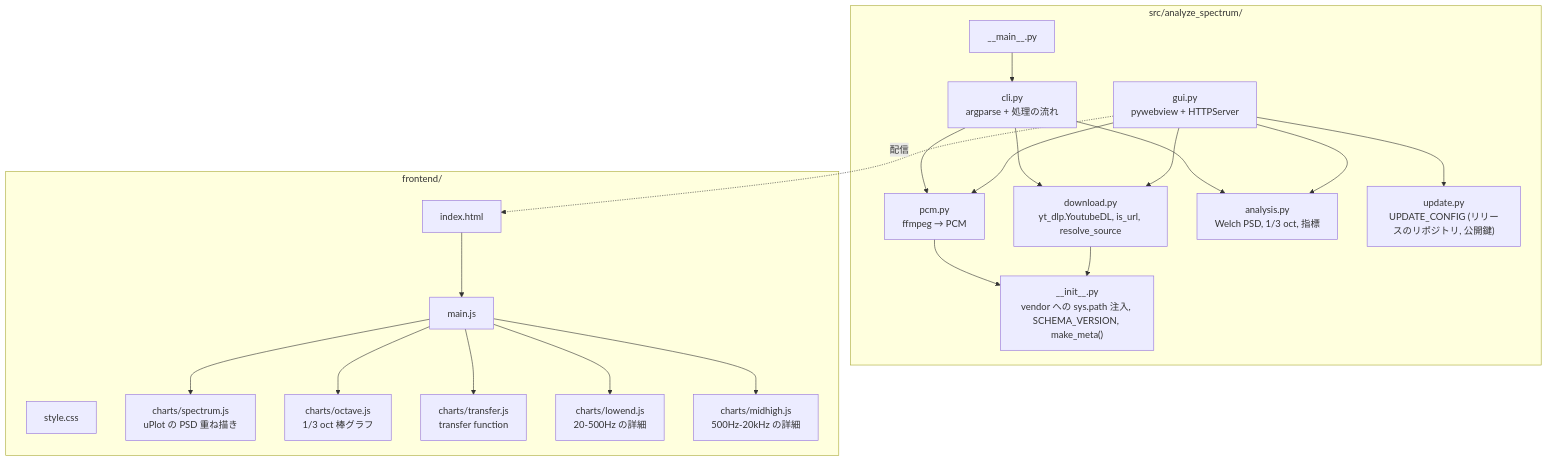
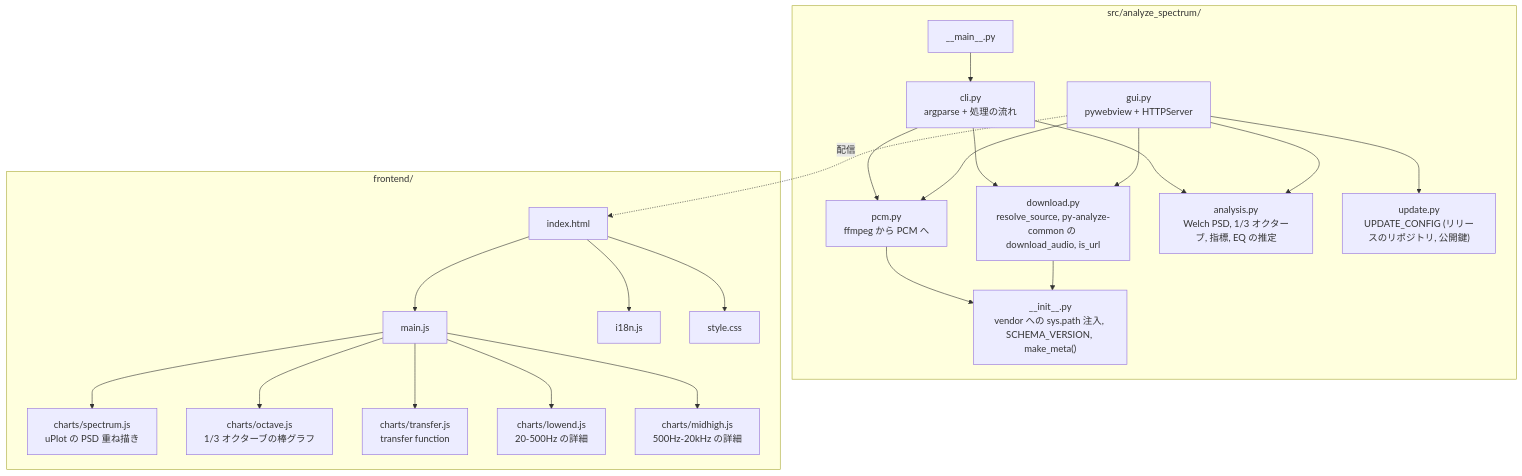
Before and after one commit to semnil/analyze-spectrum: the second of 18 diagrams in docs/architecture.ja.md, drawn with Mermaid. The commit also changed other lines of this file and 7 other files, not shown here.

````diff
--- a/docs/architecture.ja.md
+++ b/docs/architecture.ja.md
@@ -36,42 +40,45 @@
 ```mermaid
 graph TD
     subgraph "src/analyze_spectrum/"
         INIT["__init__.py<br>vendor への sys.path 注入, SCHEMA_VERSION, make_meta()"]
         MAIN["__main__.py"]
         CLI["cli.py<br>argparse + 処理の流れ"]
         GUI["gui.py<br>pywebview + HTTPServer"]
-        DL["download.py<br>yt_dlp.YoutubeDL, is_url, resolve_source"]
-        PCM["pcm.py<br>ffmpeg → PCM"]
-        ANA["analysis.py<br>Welch PSD, 1/3 oct, 指標"]
+        DL["download.py<br>resolve_source, py-analyze-common の download_audio, is_url"]
+        PCM["pcm.py<br>ffmpeg から PCM へ"]
+        ANA["analysis.py<br>Welch PSD, 1/3 オクターブ, 指標, EQ の推定"]
         UPD["update.py<br>UPDATE_CONFIG (リリースのリポジトリ, 公開鍵)"]
     end
 
     subgraph "frontend/"
         HTML["index.html"]
         JS["main.js"]
+        I18N["i18n.js"]
         CSS["style.css"]
         SP["charts/spectrum.js<br>uPlot の PSD 重ね描き"]
-        OC["charts/octave.js<br>1/3 oct 棒グラフ"]
+        OC["charts/octave.js<br>1/3 オクターブの棒グラフ"]
         TF["charts/transfer.js<br>transfer function"]
         LE["charts/lowend.js<br>20-500Hz の詳細"]
         MH["charts/midhigh.js<br>500Hz-20kHz の詳細"]
     end
 
     MAIN --> CLI
     CLI --> DL
     CLI --> PCM
     CLI --> ANA
     GUI --> DL
     GUI --> PCM
     GUI --> ANA
     GUI --> UPD
     GUI -.->|"配信"| HTML
     HTML --> JS
+    HTML --> I18N
+    HTML --> CSS
     JS --> SP
     JS --> OC
     JS --> TF
     JS --> LE
     JS --> MH
     PCM --> INIT
     DL --> INIT
 ```
````
